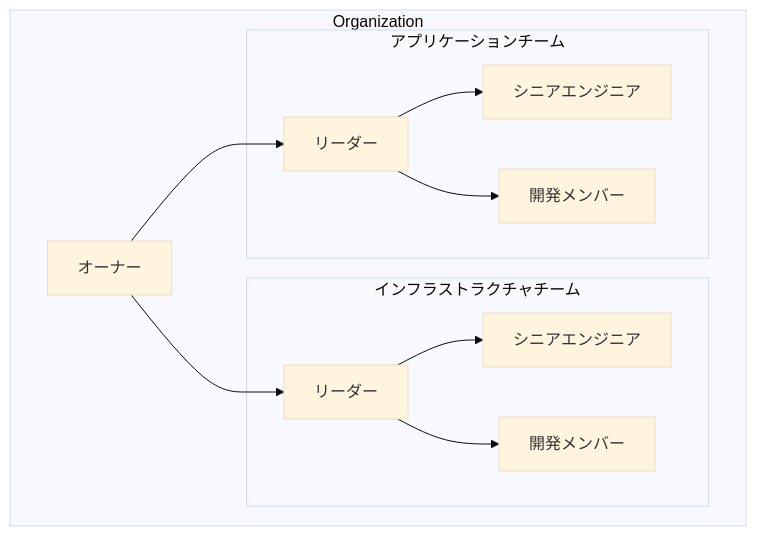
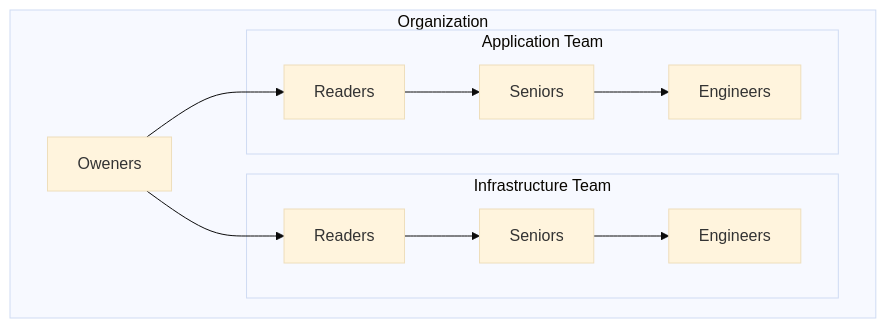
One commit to becchi78/GitHub_BasicDesign changed the second of 2 diagrams in README.md. Above: the diagram before and after it, drawn with Mermaid (base theme). The commit also changed other lines of this file, not shown here.

````diff
--- a/README.md
+++ b/README.md
@@ -53,17 +84,17 @@
 ```mermaid
 graph TD
     subgraph Organization
-    A[オーナー] --> B[リーダー]
-    A --> C[リーダー]
+    A[Oweners] --> B[Readers]
+    A --> C[Readers]
 
-    subgraph インフラストラクチャチーム
-    B --> D[シニアエンジニア]
-    B --> E[開発メンバー]
+    subgraph Infrastructure Team
+    B --> D[Seniors]
+    D --> E[Engineers]
     end
 
-    subgraph アプリケーションチーム
-    C --> F[シニアエンジニア]
-    C --> G[開発メンバー]
+    subgraph Application Team
+    C --> F[Seniors]
+    F --> G[Engineers]
     end
     end
 ```
````
